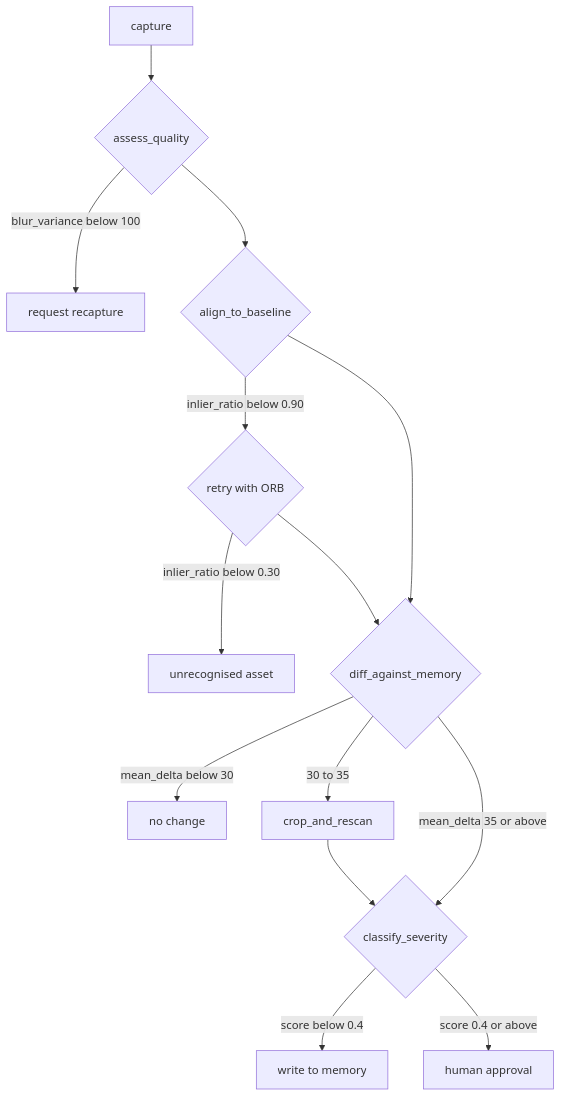
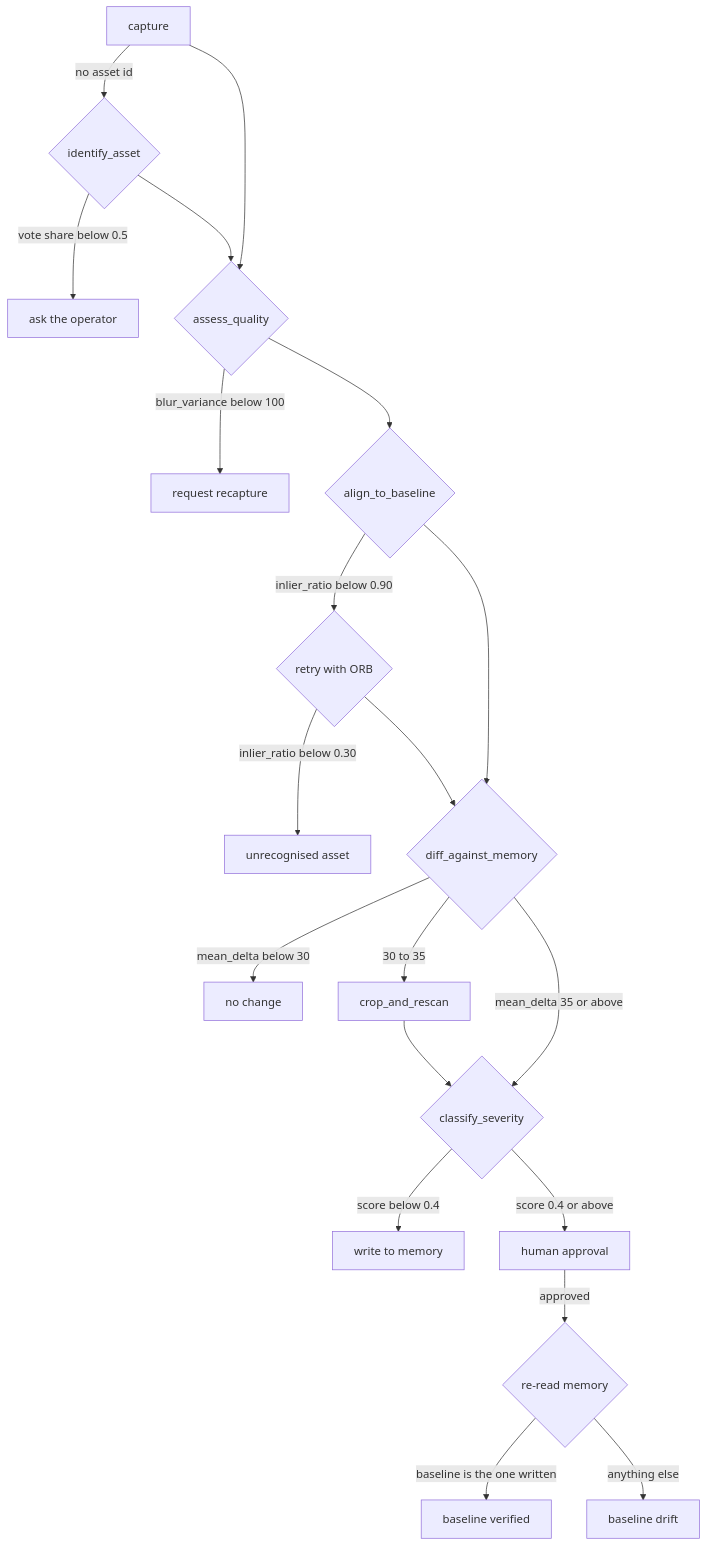
The diagram in README.md (gmassello/afterimage), drawn with Mermaid before and after one commit. The commit also changed other lines of this file and 64 other files, not shown here.

````diff
--- a/README.md
+++ b/README.md
@@ -96,16 +124,22 @@
 ```mermaid
 flowchart TD
-  C[capture] --> Q{assess_quality}
+  C[capture] -- no asset id --> I{identify_asset}
+  I -- vote share below 0.5 --> X[ask the operator]
+  I --> Q
+  C --> Q{assess_quality}
   Q -- blur_variance below 100 --> R[request recapture]
   Q --> A{align_to_baseline}
   A -- inlier_ratio below 0.90 --> O{retry with ORB}
   O -- inlier_ratio below 0.30 --> U[unrecognised asset]
   O --> D
   A --> D{diff_against_memory}
   D -- mean_delta below 30 --> N[no change]
   D -- 30 to 35 --> Z[crop_and_rescan]
   Z --> S
   D -- mean_delta 35 or above --> S{classify_severity}
   S -- score below 0.4 --> W[write to memory]
   S -- score 0.4 or above --> H[human approval]
+  H -- approved --> V{re-read memory}
+  V -- baseline is the one written --> B[baseline verified]
+  V -- anything else --> F[baseline drift]
 ```
````
